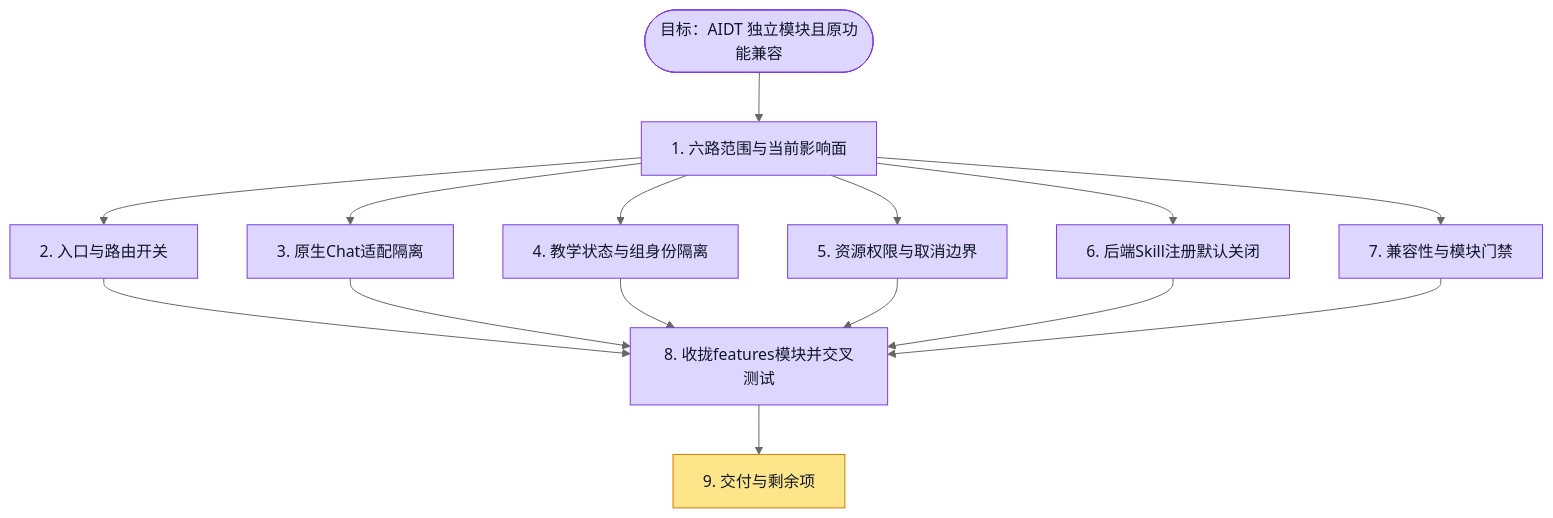
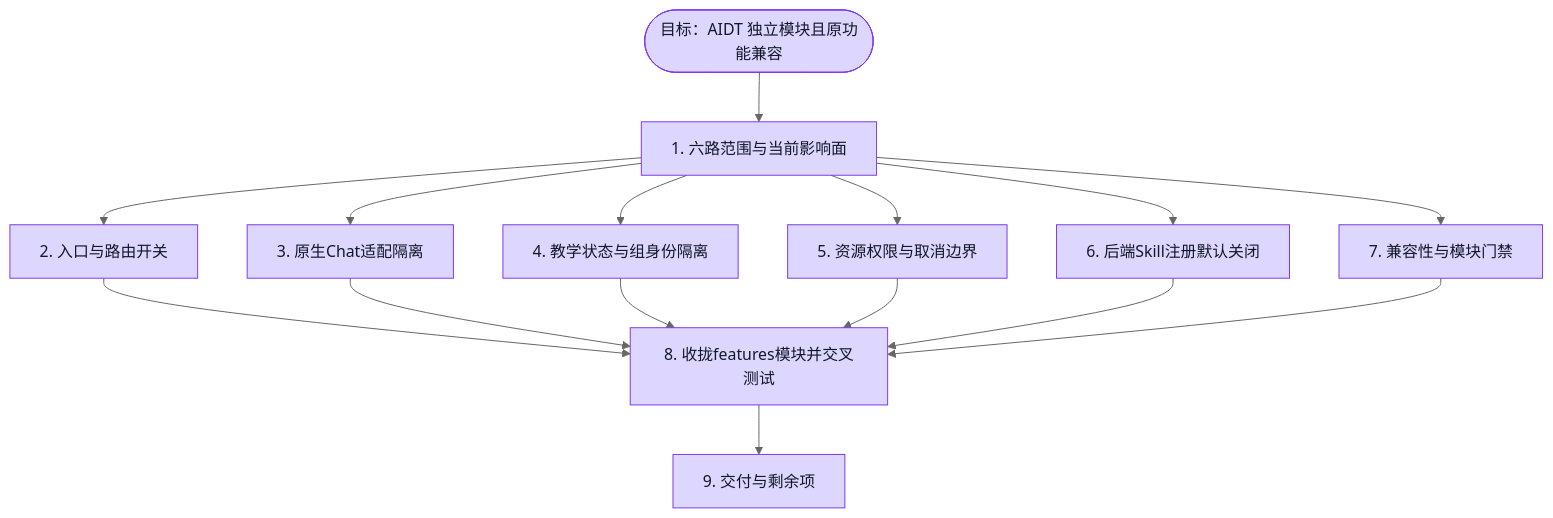
The diagram in docs/evidence/aidt-native/module-isolation/execution.plan.md (boardx/workspacex), drawn with Mermaid (neutral theme) before and after one commit. The commit also changed 4 other files, not shown here.

Commit message:
docs(aidt): record colored six-agent backlog and source delivery

````diff
--- a/docs/evidence/aidt-native/module-isolation/execution.plan.md
+++ b/docs/evidence/aidt-native/module-isolation/execution.plan.md
@@ -17,44 +17,45 @@
 ```mermaid
 flowchart TD
   G([目标：AIDT 独立模块且原功能兼容])
   S1[1. 六路范围与当前影响面]
   S2[2. 入口与路由开关]
   S3[3. 原生Chat适配隔离]
   S4[4. 教学状态与组身份隔离]
   S5[5. 资源权限与取消边界]
   S6[6. 后端Skill注册默认关闭]
   S7[7. 兼容性与模块门禁]
   S8[8. 收拢features模块并交叉测试]
   S9[9. 交付与剩余项]
 
   G --> S1
   S1 --> S2 & S3 & S4 & S5 & S6 & S7
   S2 & S3 & S4 & S5 & S6 & S7 --> S8 --> S9
 
   classDef todo fill:#e5e7eb,stroke:#6b7280,color:#111827
   classDef doing fill:#fde68a,stroke:#d97706,color:#111827
   classDef done fill:#bbf7d0,stroke:#16a34a,color:#111827
   classDef tested fill:#ddd6fe,stroke:#7c3aed,color:#111827
   classDef blocked fill:#fecaca,stroke:#dc2626,color:#111827
 
   class G tested
   %% evidence G: docs/evidence/aidt-native/module-isolation/README.md；latest-*.txt 与 state-aba-*.txt
   class S1 tested
   %% evidence S1: docs/evidence/aidt-native/module-isolation/README.md；latest-*.txt 与 state-aba-*.txt
   class S2 tested
   %% evidence S2: docs/evidence/aidt-native/module-isolation/README.md；latest-*.txt 与 state-aba-*.txt
   class S3 tested
   %% evidence S3: docs/evidence/aidt-native/module-isolation/README.md；latest-*.txt 与 state-aba-*.txt
   class S4 tested
   %% evidence S4: docs/evidence/aidt-native/module-isolation/README.md；latest-*.txt 与 state-aba-*.txt
   class S5 tested
   %% evidence S5: docs/evidence/aidt-native/module-isolation/README.md；latest-*.txt 与 state-aba-*.txt
   class S6 tested
   %% evidence S6: docs/evidence/aidt-native/module-isolation/README.md；latest-*.txt 与 state-aba-*.txt
   class S7 tested
   %% evidence S7: docs/evidence/aidt-native/module-isolation/README.md；latest-*.txt 与 state-aba-*.txt
   class S8 tested
   %% evidence S8: docs/evidence/aidt-native/module-isolation/README.md；latest-*.txt 与 state-aba-*.txt
-  class S9 doing
+  class S9 tested
+  %% evidence S9: docs/evidence/aidt-native/module-isolation/delivery.json；Page已插入且文件访问确认
 
 ```
````
